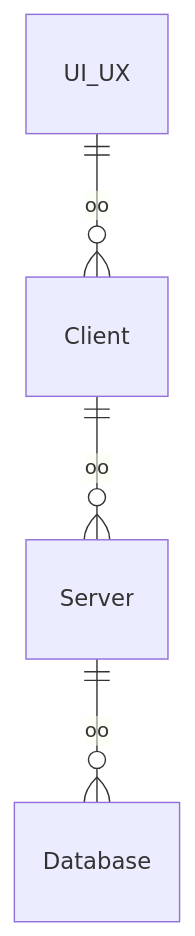
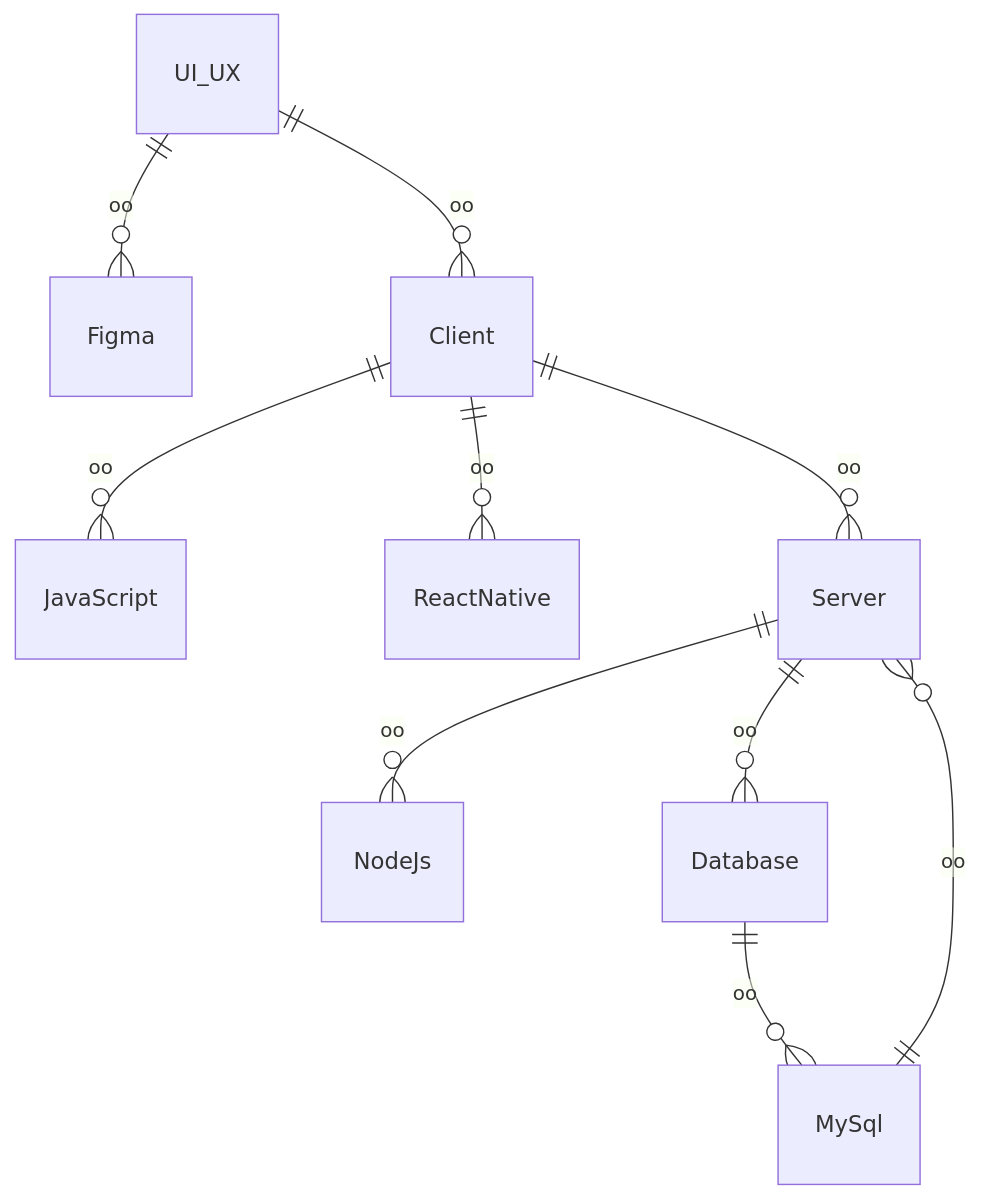
One commit to fahrizap/Kodein changed the second of 2 diagrams in job interview.MD. Above: the diagram before and after it, drawn with Mermaid.

Commit message:
Update job interview.MD

````diff
--- a/job interview.MD
+++ b/job interview.MD
@@ -77,6 +77,12 @@
 ```mermaid
 erDiagram
+  UI_UX||--o{Figma : oo
   UI_UX||--o{Client : oo
+  Client||--o{JavaScript :oo
+  Client||--o{ReactNative : oo
   Client||--o{Server : oo
+  Server||--o{NodeJs : oo
   Server||--o{Database : oo
+  Database||--o{MySql : oo
+  MySql||--o{Server :oo
 ```
````
